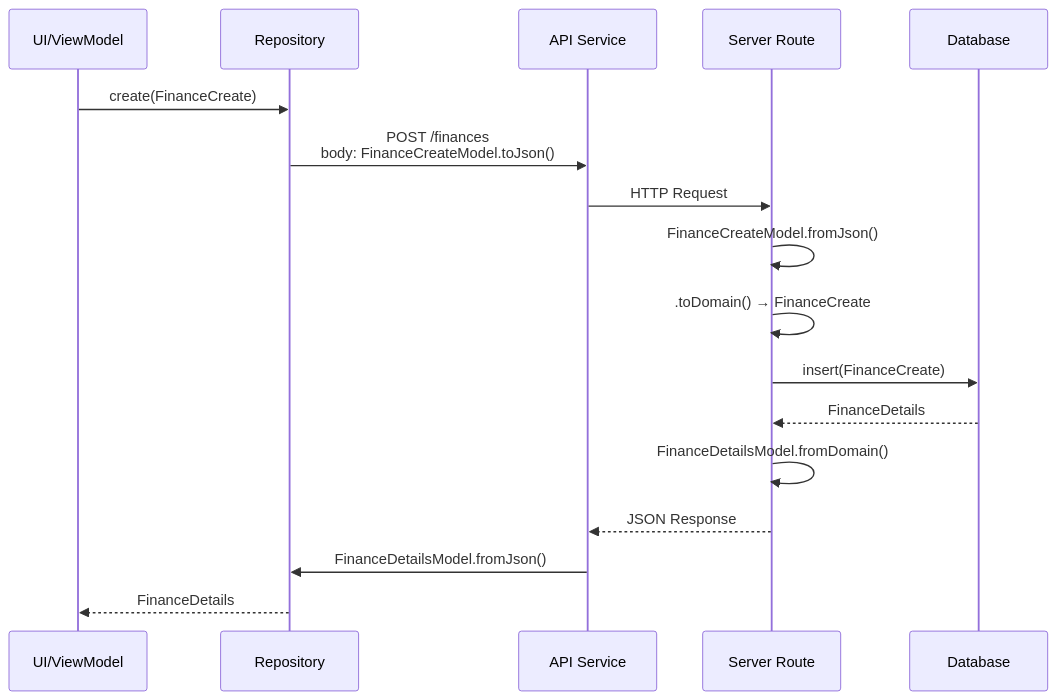
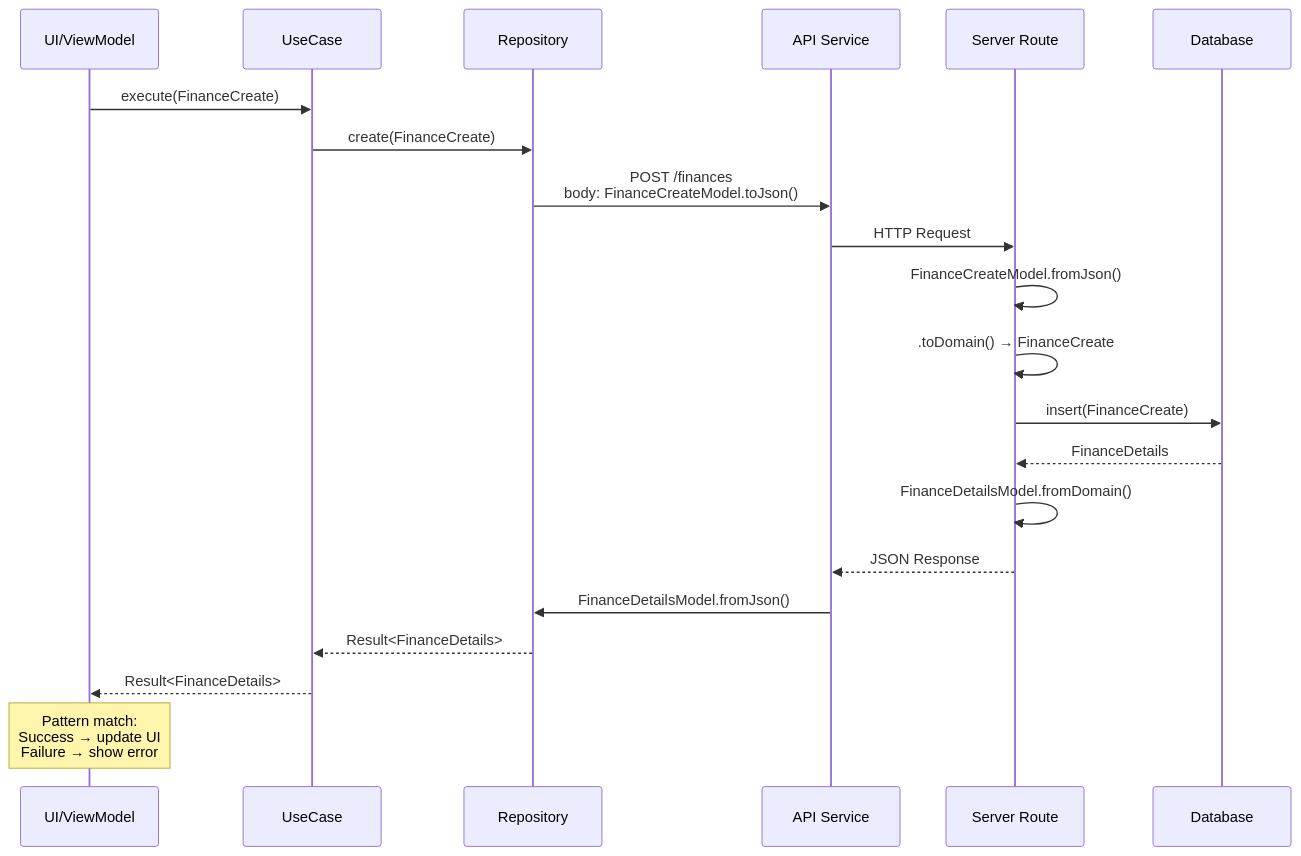
One commit to edumigsoft/ems_system changed the first of 2 diagrams in docs/architecture/architecture_patterns.md. Above: the diagram before and after it, drawn with Mermaid. The commit also changed other lines of this file and 7 other files, not shown here.

````diff
--- a/docs/architecture/architecture_patterns.md
+++ b/docs/architecture/architecture_patterns.md
@@ -422,20 +555,24 @@
 ```mermaid
 sequenceDiagram
     participant UI as UI/ViewModel
+    participant UC as UseCase
     participant Repo as Repository
     participant API as API Service
     participant Route as Server Route
     participant DB as Database
 
-    UI->>Repo: create(FinanceCreate)
+    UI->>UC: execute(FinanceCreate)
+    UC->>Repo: create(FinanceCreate)
     Repo->>API: POST /finances<br/>body: FinanceCreateModel.toJson()
     API->>Route: HTTP Request
     Route->>Route: FinanceCreateModel.fromJson()
     Route->>Route: .toDomain() → FinanceCreate
     Route->>DB: insert(FinanceCreate)
     DB-->>Route: FinanceDetails
     Route->>Route: FinanceDetailsModel.fromDomain()
     Route-->>API: JSON Response
     API->>Repo: FinanceDetailsModel.fromJson()
-    Repo-->>UI: FinanceDetails
+    Repo-->>UC: Result<FinanceDetails>
+    UC-->>UI: Result<FinanceDetails>
+    Note over UI: Pattern match:<br/>Success → update UI<br/>Failure → show error
 ```
````
